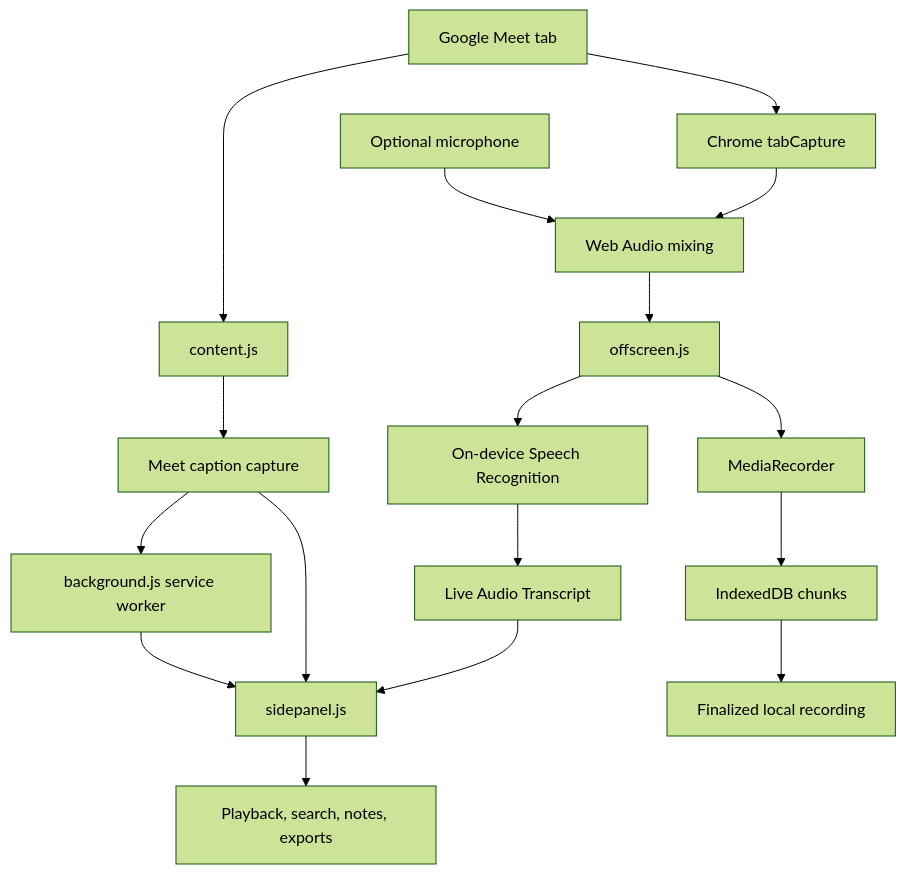
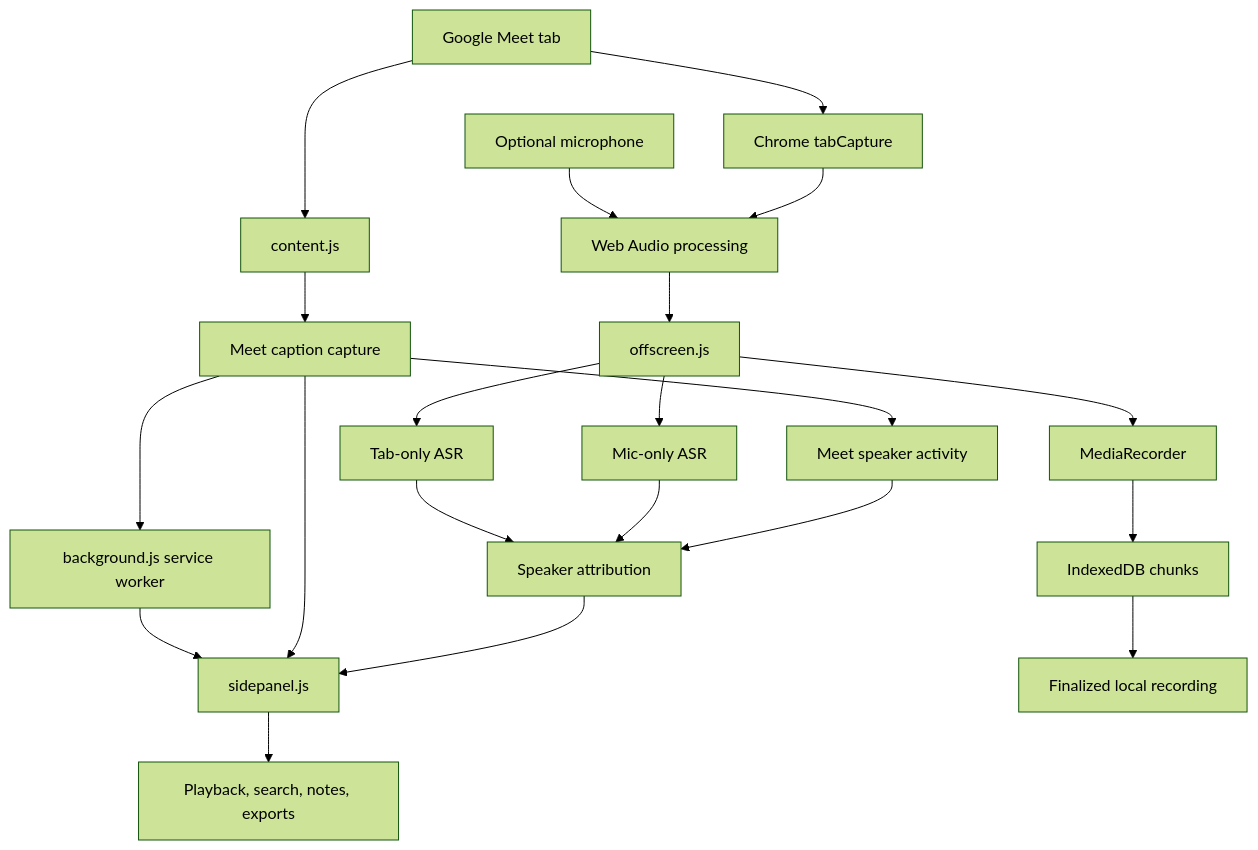
One commit to angadkumar9128/meet-recorder-extension changed the diagram in README.md. Above: the diagram before and after it, drawn with Mermaid (forest theme). The commit also changed other lines of this file, not shown here.

Commit message:
Align architecture documentation with split audio channels

````diff
--- a/README.md
+++ b/README.md
@@ -198,19 +198,23 @@
 ```mermaid
 flowchart TD
     A[Google Meet tab] --> B[content.js]
     B --> C[Meet caption capture]
     C --> D[background.js service worker]
     A --> E[Chrome tabCapture]
-    F[Optional microphone] --> G[Web Audio mixing]
+    F[Optional microphone] --> G[Web Audio processing]
     E --> G
     G --> H[offscreen.js]
     H --> I[MediaRecorder]
     I --> J[IndexedDB chunks]
-    H --> K[On-device Speech Recognition]
-    K --> L[Live Audio Transcript]
+    H --> K[Tab-only ASR]
+    H --> P[Mic-only ASR]
+    C --> Q[Meet speaker activity]
+    K --> L[Speaker attribution]
+    P --> L
+    Q --> L
     D --> M[sidepanel.js]
     C --> M
     L --> M
     J --> N[Finalized local recording]
     M --> O[Playback, search, notes, exports]
 ```
````
